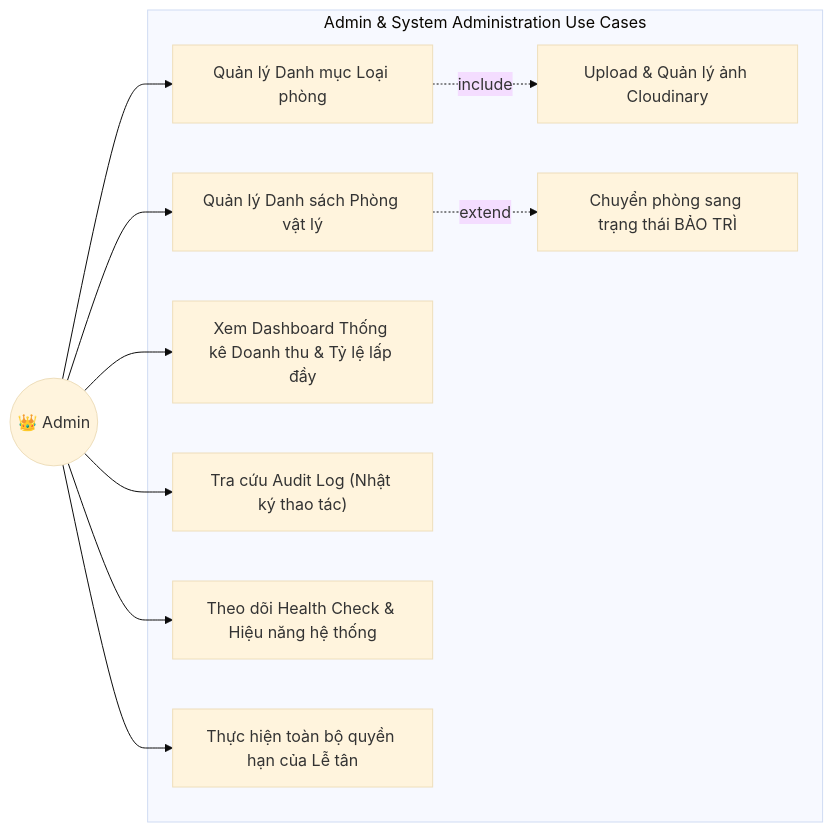
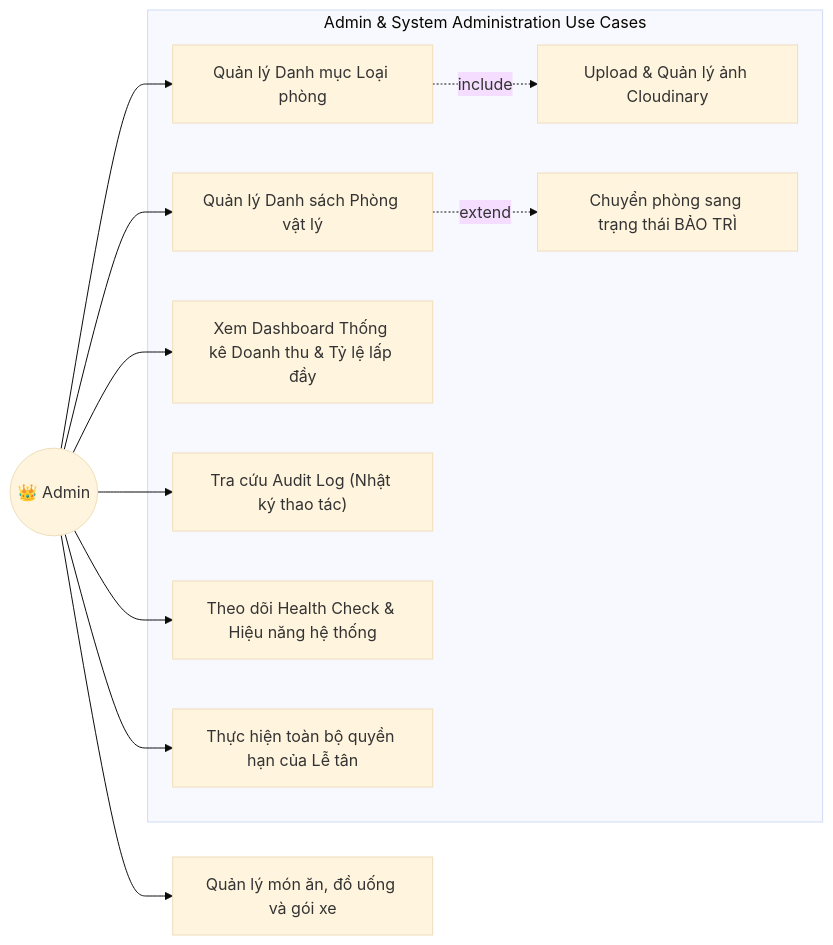
The fourth of 11 diagrams in docs/SRS.md (Huidinne/Hotel-Booking-System_HBS), drawn with Mermaid (base theme) before and after one commit. The commit also changed other lines of this file, not shown here.

````diff
--- a/docs/SRS.md
+++ b/docs/SRS.md
@@ -361,25 +389,26 @@
 ```mermaid
 graph LR
     Admin(("👑 Admin"))
 
     subgraph Admin_UseCases["Admin & System Administration Use Cases"]
         UC_A1["Quản lý Danh mục Loại phòng"]
         UC_A2["Upload & Quản lý ảnh Cloudinary"]
         UC_A3["Quản lý Danh sách Phòng vật lý"]
         UC_A4["Chuyển phòng sang trạng thái BẢO TRÌ"]
         UC_A5["Xem Dashboard Thống kê Doanh thu & Tỷ lệ lấp đầy"]
         UC_A6["Tra cứu Audit Log (Nhật ký thao tác)"]
         UC_A7["Theo dõi Health Check & Hiệu năng hệ thống"]
         UC_A8["Thực hiện toàn bộ quyền hạn của Lễ tân"]
     end
 
     Admin --> UC_A1
     Admin --> UC_A3
     Admin --> UC_A5
     Admin --> UC_A6
     Admin --> UC_A7
     Admin --> UC_A8
+    Admin --> UC_A9["Quản lý món ăn, đồ uống và gói xe"]
 
     UC_A1 -.->|include| UC_A2
     UC_A3 -.->|extend| UC_A4
 ```
````
